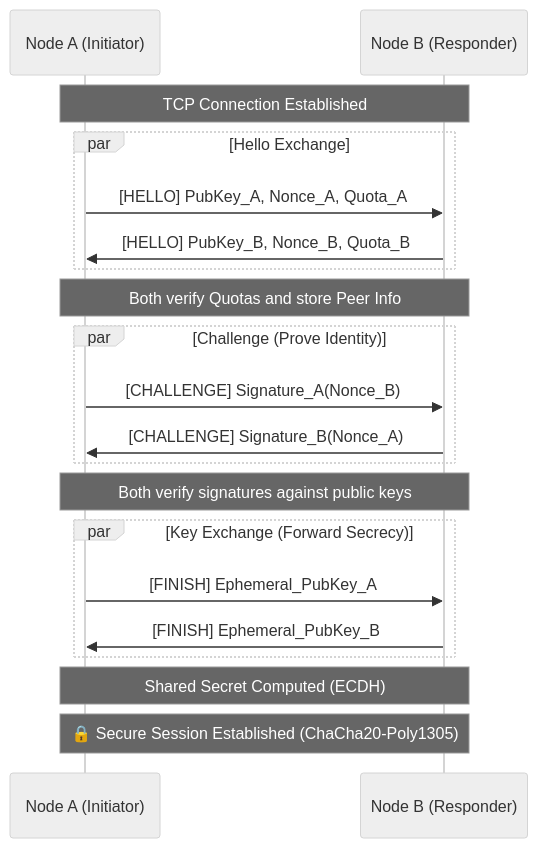
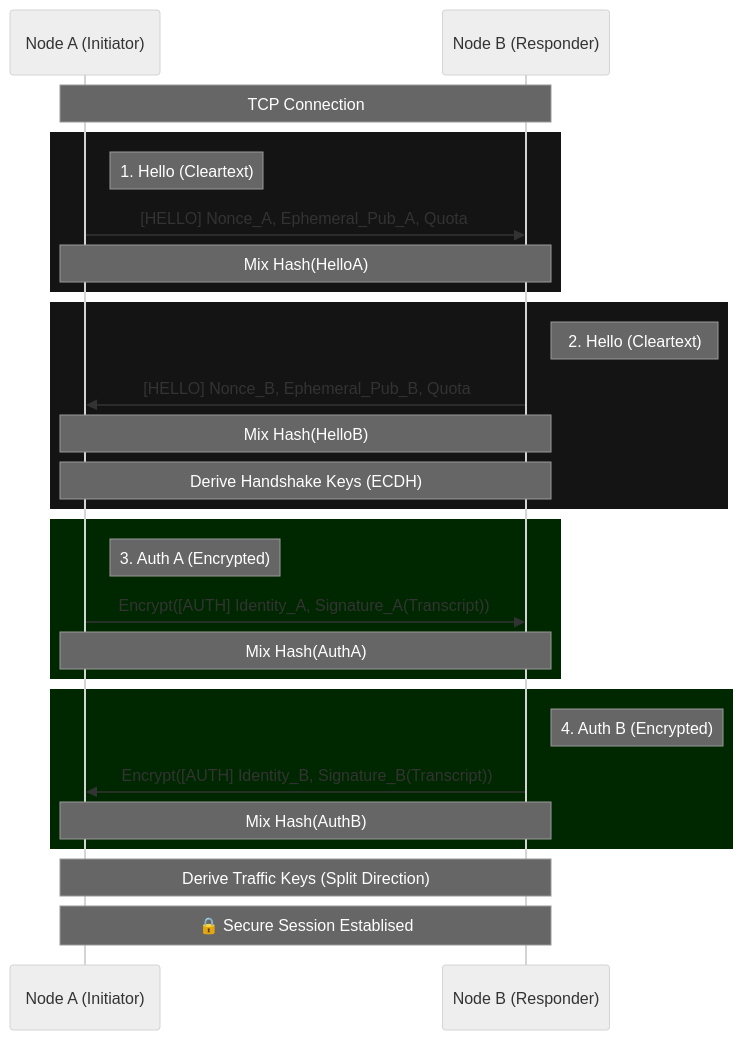
One commit to vibhanshu2001/memcloud changed the fifth of 5 diagrams in docs/architecture.md. Above: the diagram before and after it, drawn with Mermaid (neutral theme). The commit also changed other lines of this file and 11 other files, not shown here.

````diff
--- a/docs/architecture.md
+++ b/docs/architecture.md
@@ -233,30 +234,35 @@
 ```mermaid
 sequenceDiagram
     participant A as Node A (Initiator)
     participant B as Node B (Responder)
 
-    Note over A,B: TCP Connection Established
+    Note over A,B: TCP Connection
 
-    par Hello Exchange
-        A->>B: [HELLO] PubKey_A, Nonce_A, Quota_A
-        B->>A: [HELLO] PubKey_B, Nonce_B, Quota_B
+    rect rgb(20, 20, 20)
+    Note right of A: 1. Hello (Cleartext)
+    A->>B: [HELLO] Nonce_A, Ephemeral_Pub_A, Quota
+    Note over A,B: Mix Hash(HelloA)
     end
 
-    Note over A,B: Both verify Quotas and store Peer Info
-
-    par Challenge (Prove Identity)
-        A->>B: [CHALLENGE] Signature_A(Nonce_B)
-        B->>A: [CHALLENGE] Signature_B(Nonce_A)
-    end
-    
-    Note over A,B: Both verify signatures against public keys
-
-    par Key Exchange (Forward Secrecy)
-        A->>B: [FINISH] Ephemeral_PubKey_A
-        B->>A: [FINISH] Ephemeral_PubKey_B
+    rect rgb(20, 20, 20)
+    Note right of B: 2. Hello (Cleartext)
+    B->>A: [HELLO] Nonce_B, Ephemeral_Pub_B, Quota
+    Note over A,B: Mix Hash(HelloB)
+    Note over A,B: Derive Handshake Keys (ECDH)
     end
 
-    Note over A,B: Shared Secret Computed (ECDH)
+    rect rgb(0, 40, 0)
+    Note right of A: 3. Auth A (Encrypted)
+    A->>B: Encrypt([AUTH] Identity_A, Signature_A(Transcript))
+    Note over A,B: Mix Hash(AuthA)
+    end
 
-    Note over A,B: 🔒 Secure Session Established (ChaCha20-Poly1305)
+    rect rgb(0, 40, 0)
+    Note right of B: 4. Auth B (Encrypted)
+    B->>A: Encrypt([AUTH] Identity_B, Signature_B(Transcript))
+    Note over A,B: Mix Hash(AuthB)
+    end
+
+    Note over A,B: Derive Traffic Keys (Split Direction)
+    Note over A,B: 🔒 Secure Session Establised
 ```
````
